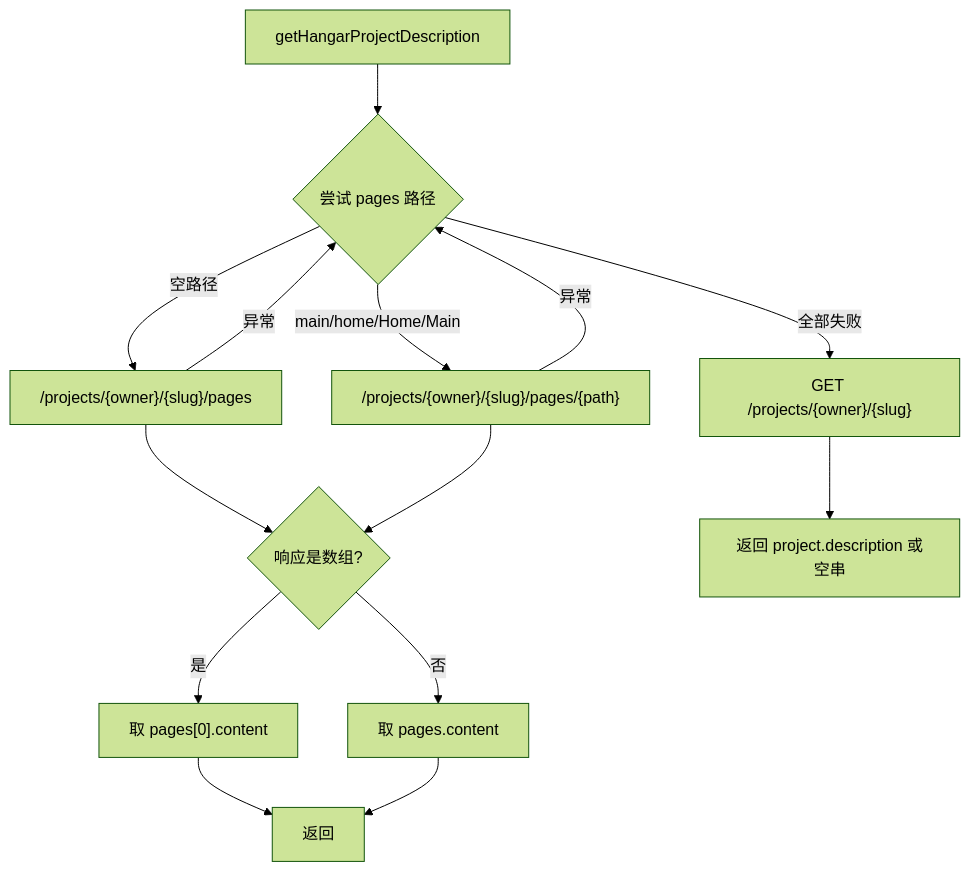
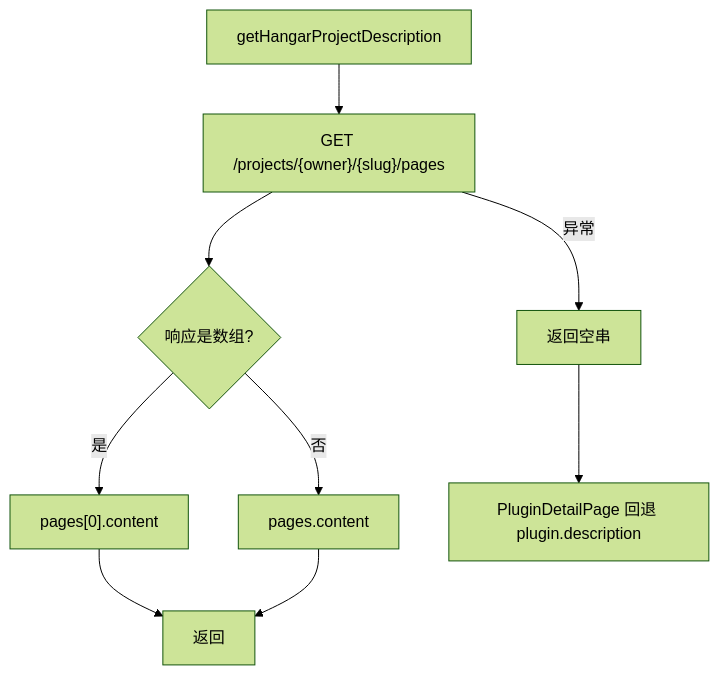
One commit to okouiko/pluginmarket changed the diagram in docs/code-wiki/04-services-and-api.md. Above: the diagram before and after it, drawn with Mermaid (forest theme). The commit also changed other lines of this file and 48 other files, not shown here.

````diff
--- a/docs/code-wiki/04-services-and-api.md
+++ b/docs/code-wiki/04-services-and-api.md
@@ -146,16 +143,11 @@
 ```mermaid
 flowchart TD
-    A["getHangarProjectDescription"] --> B{"尝试 pages 路径"}
-    B -->|空路径| C["/projects/{owner}/{slug}/pages"]
-    B -->|main/home/Home/Main| D["/projects/{owner}/{slug}/pages/{path}"]
-    C --> E{"响应是数组?"}
-    D --> E
-    E -->|是| F["取 pages[0].content"]
-    E -->|否| G["取 pages.content"]
-    F --> H["返回"]
-    G --> H
-    C -->|异常| B
-    D -->|异常| B
-    B -->|全部失败| I["GET /projects/{owner}/{slug}"]
-    I --> J["返回 project.description 或空串"]
+    A["getHangarProjectDescription"] --> B["GET /projects/{owner}/{slug}/pages"]
+    B --> C{"响应是数组?"}
+    C -->|是| D["pages[0].content"]
+    C -->|否| E["pages.content"]
+    B -->|异常| F["返回空串"]
+    F --> G["PluginDetailPage 回退 plugin.description"]
+    D --> H["返回"]
+    E --> H
 ```
````
